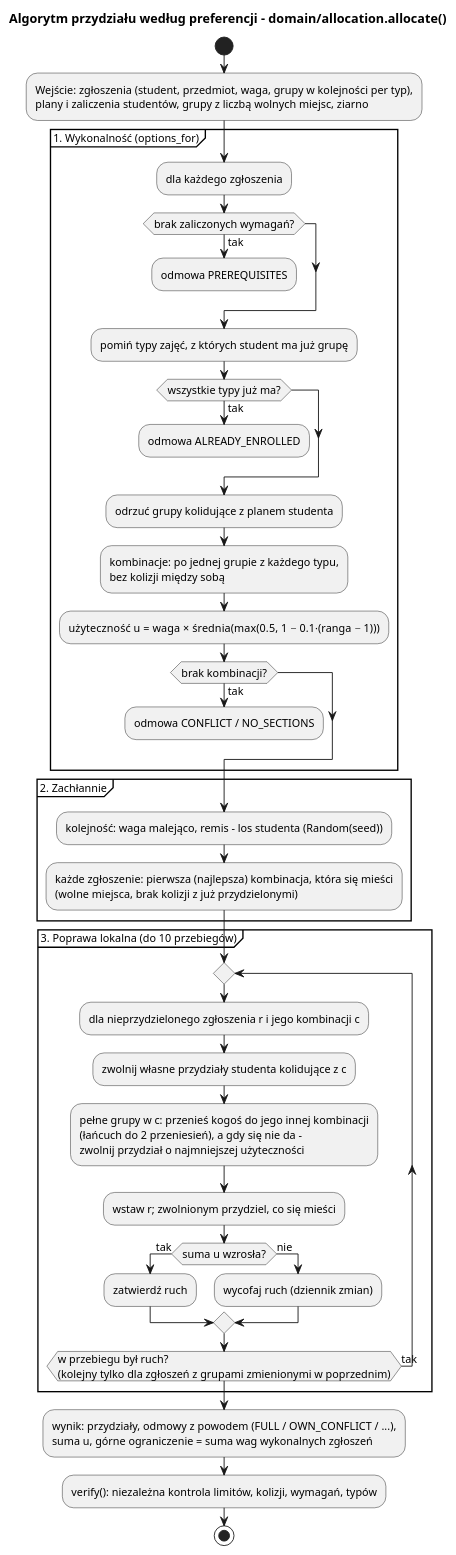
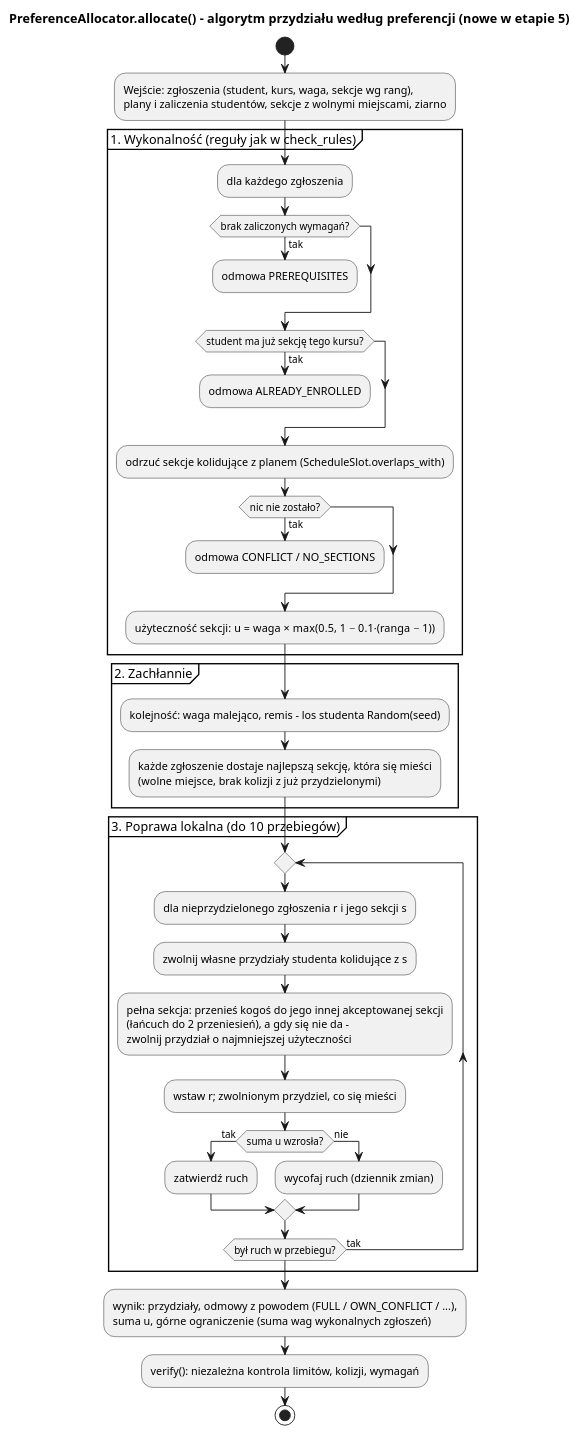
The diagram in etap5/diagramy/aktywnosc_przydzial.puml (Husaria55/USOSv2), drawn with PlantUML before and after one commit. The commit also changed 176 other files, not shown here.

```diff
--- a/etap5/diagramy/aktywnosc_przydzial.puml
+++ b/etap5/diagramy/aktywnosc_przydzial.puml
@@ -1,49 +1,48 @@
 @startuml aktywnosc_przydzial
-title Algorytm przydziału według preferencji – domain/allocation.allocate()
 skinparam shadowing false
-skinparam defaultFontSize 12
-
+title PreferenceAllocator.allocate() – algorytm przydziału według preferencji (nowe w etapie 5)
 start
-:Wejście: zgłoszenia (student, przedmiot, waga, grupy w kolejności per typ),
-plany i zaliczenia studentów, grupy z liczbą wolnych miejsc, ziarno;
-partition "1. Wykonalność (options_for)" {
+:Wejście: zgłoszenia (student, kurs, waga, sekcje wg rang),
+plany i zaliczenia studentów, sekcje z wolnymi miejscami, ziarno;
+partition "1. Wykonalność (reguły jak w check_rules)" {
   :dla każdego zgłoszenia;
   if (brak zaliczonych wymagań?) then (tak)
     :odmowa PREREQUISITES;
     detach
   endif
-  :pomiń typy zajęć, z których student ma już grupę;
-  if (wszystkie typy już ma?) then (tak)
+  if (student ma już sekcję tego kursu?) then (tak)
     :odmowa ALREADY_ENROLLED;
     detach
   endif
-  :odrzuć grupy kolidujące z planem studenta;
-  :kombinacje: po jednej grupie z każdego typu,\nbez kolizji między sobą;
-  :użyteczność u = waga × średnia(max(0.5, 1 − 0.1·(ranga − 1)));
-  if (brak kombinacji?) then (tak)
+  :odrzuć sekcje kolidujące z planem (ScheduleSlot.overlaps_with);
+  if (nic nie zostało?) then (tak)
     :odmowa CONFLICT / NO_SECTIONS;
     detach
   endif
+  :użyteczność sekcji: u = waga × max(0.5, 1 − 0.1·(ranga − 1));
 }
 partition "2. Zachłannie" {
-  :kolejność: waga malejąco, remis – los studenta (Random(seed));
-  :każde zgłoszenie: pierwsza (najlepsza) kombinacja, która się mieści\n(wolne miejsca, brak kolizji z już przydzielonymi);
+  :kolejność: waga malejąco, remis – los studenta Random(seed);
+  :każde zgłoszenie dostaje najlepszą sekcję, która się mieści
+  (wolne miejsce, brak kolizji z już przydzielonymi);
 }
 partition "3. Poprawa lokalna (do 10 przebiegów)" {
   repeat
-    :dla nieprzydzielonego zgłoszenia r i jego kombinacji c;
-    :zwolnij własne przydziały studenta kolidujące z c;
-    :pełne grupy w c: przenieś kogoś do jego innej kombinacji\n(łańcuch do 2 przeniesień), a gdy się nie da –\nzwolnij przydział o najmniejszej użyteczności;
+    :dla nieprzydzielonego zgłoszenia r i jego sekcji s;
+    :zwolnij własne przydziały studenta kolidujące z s;
+    :pełna sekcja: przenieś kogoś do jego innej akceptowanej sekcji
+    (łańcuch do 2 przeniesień), a gdy się nie da –
+    zwolnij przydział o najmniejszej użyteczności;
     :wstaw r; zwolnionym przydziel, co się mieści;
     if (suma u wzrosła?) then (tak)
       :zatwierdź ruch;
     else (nie)
       :wycofaj ruch (dziennik zmian);
     endif
-  repeat while (w przebiegu był ruch?\n(kolejny tylko dla zgłoszeń z grupami zmienionymi w poprzednim)) is (tak)
+  repeat while (był ruch w przebiegu?) is (tak)
 }
 :wynik: przydziały, odmowy z powodem (FULL / OWN_CONFLICT / ...),
-suma u, górne ograniczenie = suma wag wykonalnych zgłoszeń;
-:verify(): niezależna kontrola limitów, kolizji, wymagań, typów;
+suma u, górne ograniczenie (suma wag wykonalnych zgłoszeń);
+:verify(): niezależna kontrola limitów, kolizji, wymagań;
 stop
 @enduml
```
